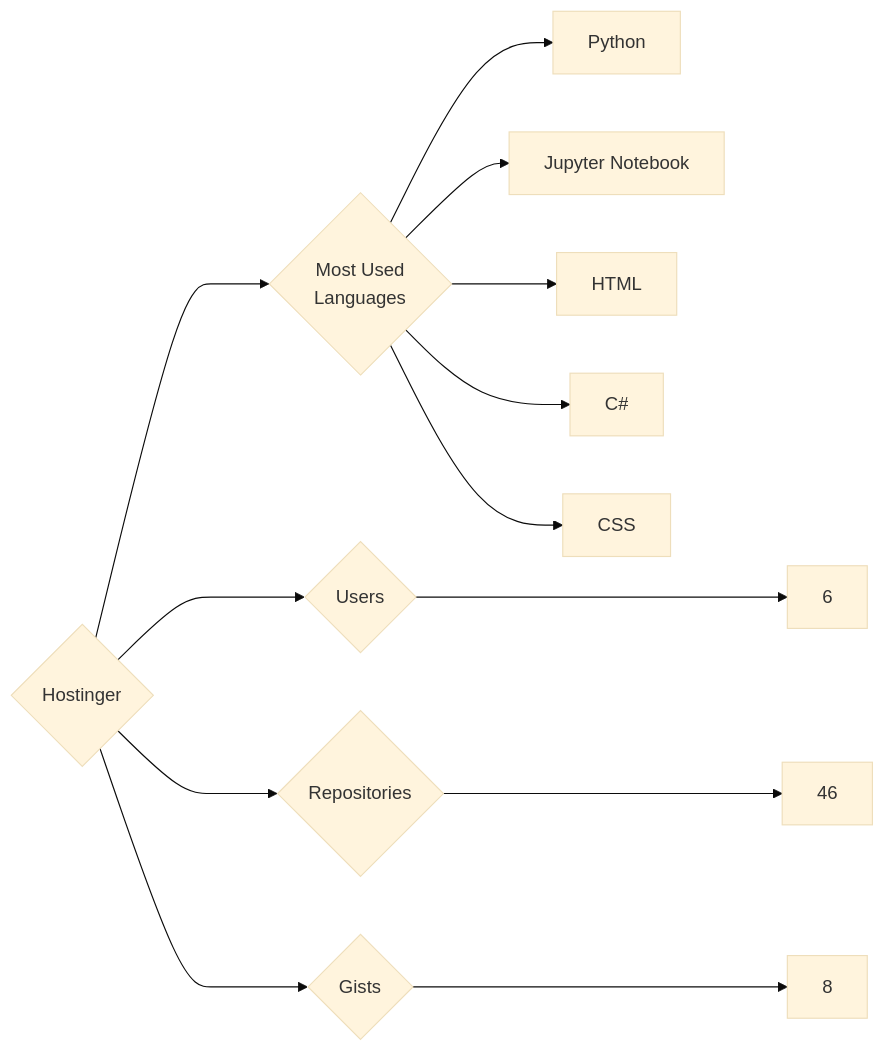
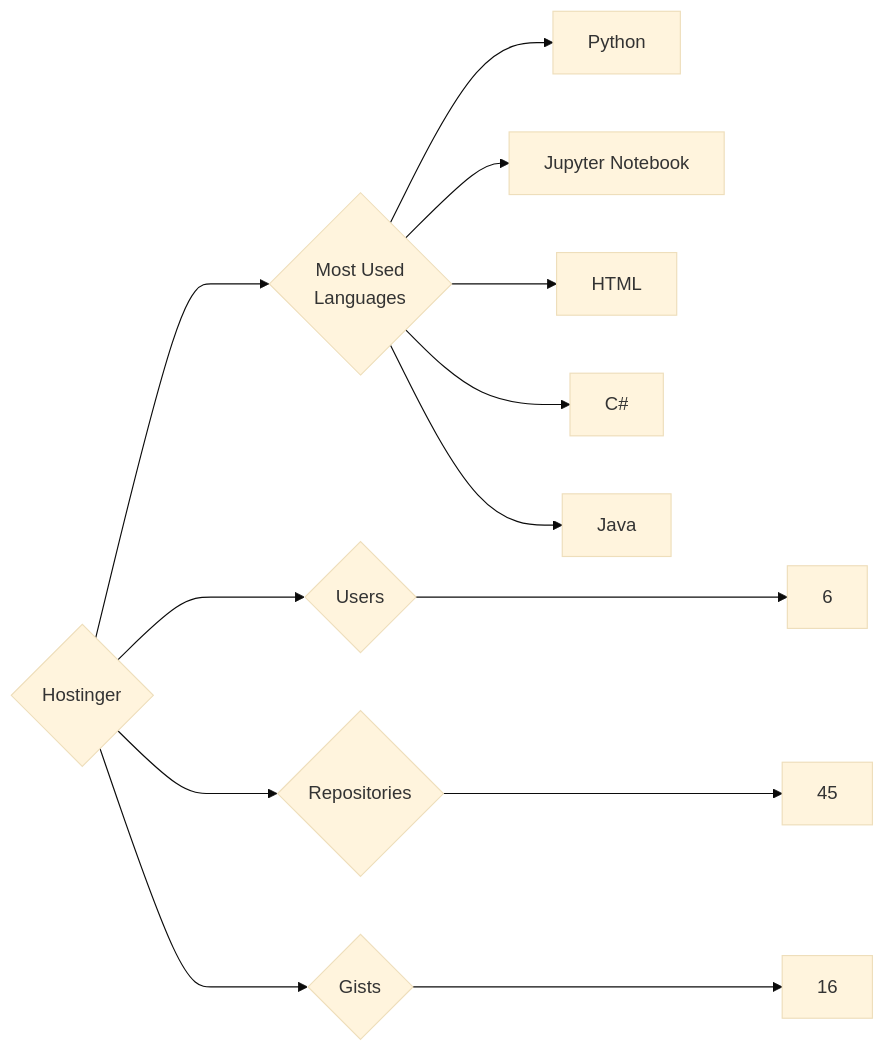
Before and after one commit to trickest/insiders: the diagram in targets/Hostinger/README.md, drawn with Mermaid (base theme). The commit also changed 776 other files, not shown here.

````diff
--- a/targets/Hostinger/README.md
+++ b/targets/Hostinger/README.md
@@ -3,13 +3,13 @@
 ```mermaid
 graph LR
 COMPANY_NAME{Hostinger}
 COMPANY_NAME ---> U{Users} ---> UN[6]
-COMPANY_NAME ---> R{Repositories} ---> RN[46]
-COMPANY_NAME ---> G{Gists} ---> GN[8]
+COMPANY_NAME ---> R{Repositories} ---> RN[45]
+COMPANY_NAME ---> G{Gists} ---> GN[16]
 COMPANY_NAME ---> ML{Most Used<br>Languages}
 ML --> Python[Python]
 ML --> Jupyter_Notebook[Jupyter Notebook]
 ML --> HTML[HTML]
 ML --> C#[C#]
-ML --> CSS[CSS]
+ML --> Java[Java]
 ```
````
